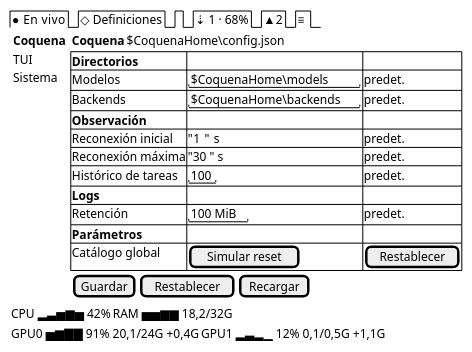
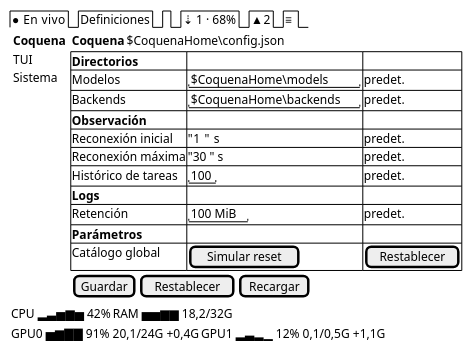
Before and after one commit to mstranich/coquena: the diagram in docs/design/tui/E-configuracion-coquena.salt.puml, drawn with PlantUML. The commit also changed 49 other files, not shown here.

```diff
--- a/docs/design/tui/E-configuracion-coquena.salt.puml
+++ b/docs/design/tui/E-configuracion-coquena.salt.puml
@@ -1,32 +1,32 @@
 @startsalt
 {
-  {/ ● En vivo | ◇ Definiciones | . | ⇣ 1 · 68% | ▲ 2 | <b>≡ }
+  {/ ● En vivo | Definiciones | . | ⇣ 1 · 68% | ▲ 2 | <b>≡ }
   {
     {
     {
       <b>Coquena
       TUI
       Sistema
     }
     } | {
       { <b>Coquena | $CoquenaHome\config.json }
       {#
         <b>Directorios | . | .
         Modelos | "$CoquenaHome\models  " | predet.
         Backends | "$CoquenaHome\backends" | predet.
         <b>Observación | . | .
         Reconexión inicial | "1  " s | predet.
         Reconexión máxima | "30 " s | predet.
         Histórico de tareas | "100" | predet.
         <b>Logs | . | .
         Retención | "100 MiB" | predet.
         <b>Parámetros | . | .
         Catálogo global | [Simular reset] | [Restablecer]
       }
       { [Guardar] | [Restablecer] | [Recargar] }
     }
   }
   { CPU ▂▃▅▆▅ 42% | RAM ▅▅▆▆ 18,2/32G }
   { GPU0 ▅▆▇▇ 91% 20,1/24G +0,4G | GPU1 ▂▃▂▁ 12% 0,1/0,5G +1,1G }
 }
 @endsalt
```
